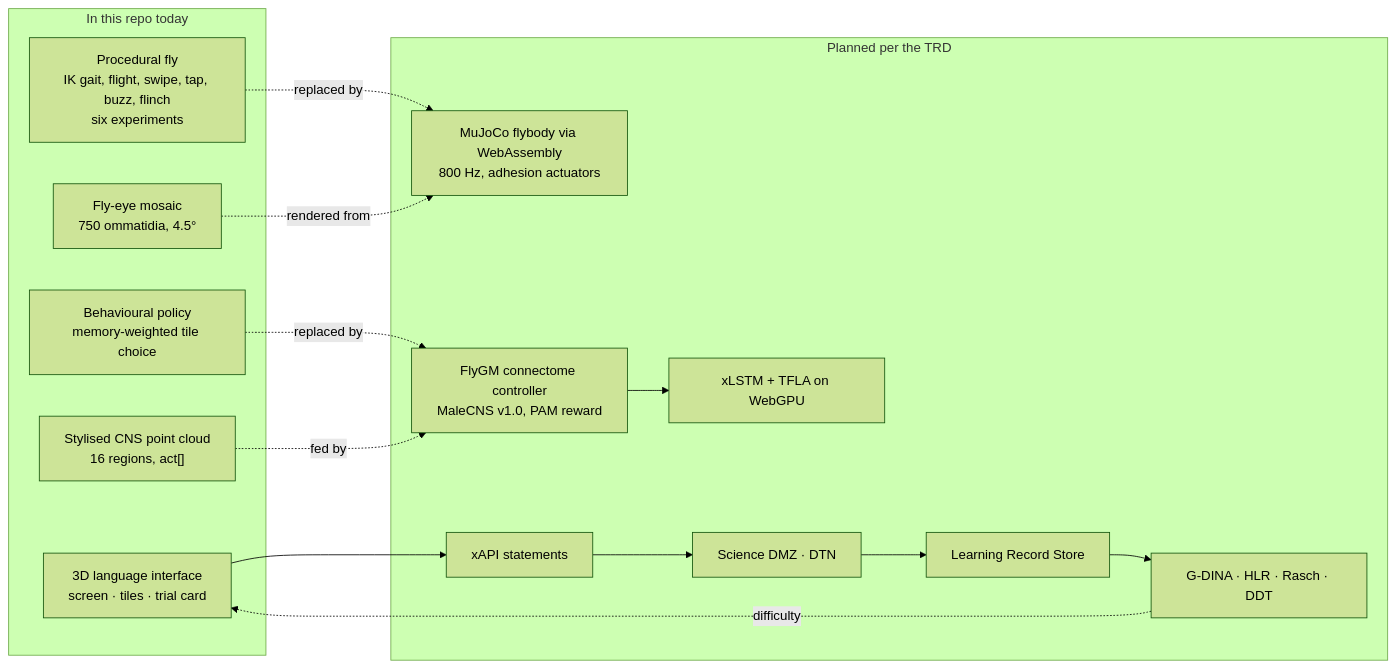
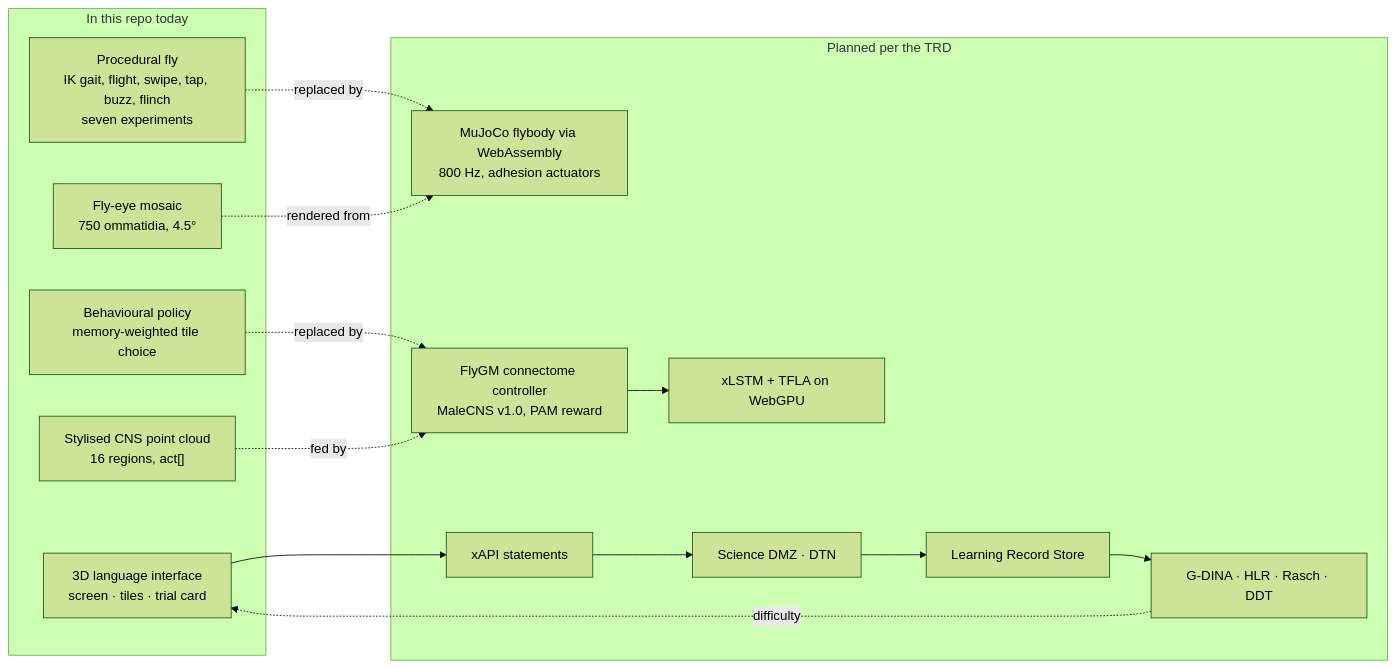
Before and after one commit to jayrosen-design/fly-lingo: the fourth of 4 diagrams in README.md, drawn with Mermaid (forest theme). The commit also changed other lines of this file and 6 other files, not shown here.

````diff
--- a/README.md
+++ b/README.md
@@ -342,26 +366,26 @@
 ```mermaid
 flowchart LR
   subgraph Now["In this repo today"]
     UI["3D language interface<br/>screen · tiles · trial card"]
-    FlyP["Procedural fly<br/>IK gait, flight, swipe, tap, buzz, flinch<br/>six experiments"]
+    FlyP["Procedural fly<br/>IK gait, flight, swipe, tap, buzz, flinch<br/>seven experiments"]
     Policy["Behavioural policy<br/>memory-weighted tile choice"]
     BrainViz["Stylised CNS point cloud<br/>16 regions, act[]"]
     Eye["Fly-eye mosaic<br/>750 ommatidia, 4.5°"]
   end
   subgraph Planned["Planned per the TRD"]
     MuJoCo["MuJoCo flybody via WebAssembly<br/>800 Hz, adhesion actuators"]
     FlyGM["FlyGM connectome controller<br/>MaleCNS v1.0, PAM reward"]
     xLSTM["xLSTM + TFLA on WebGPU"]
     xAPI["xAPI statements"]
     DMZ["Science DMZ · DTN"]
     LRS["Learning Record Store"]
     Eval["G-DINA · HLR · Rasch · DDT"]
   end
   Policy -. replaced by .-> FlyGM
   FlyP -. replaced by .-> MuJoCo
   BrainViz -. fed by .-> FlyGM
   Eye -. rendered from .-> MuJoCo
   UI --> xAPI --> DMZ --> LRS --> Eval
   Eval -. difficulty .-> UI
   FlyGM --> xLSTM
 ```
````
